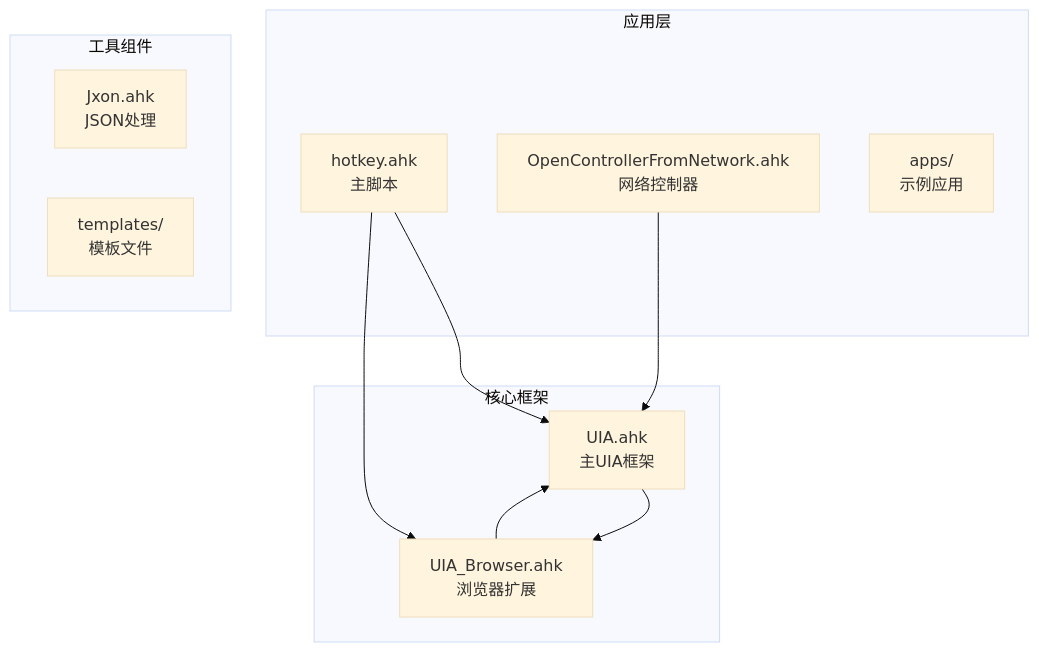
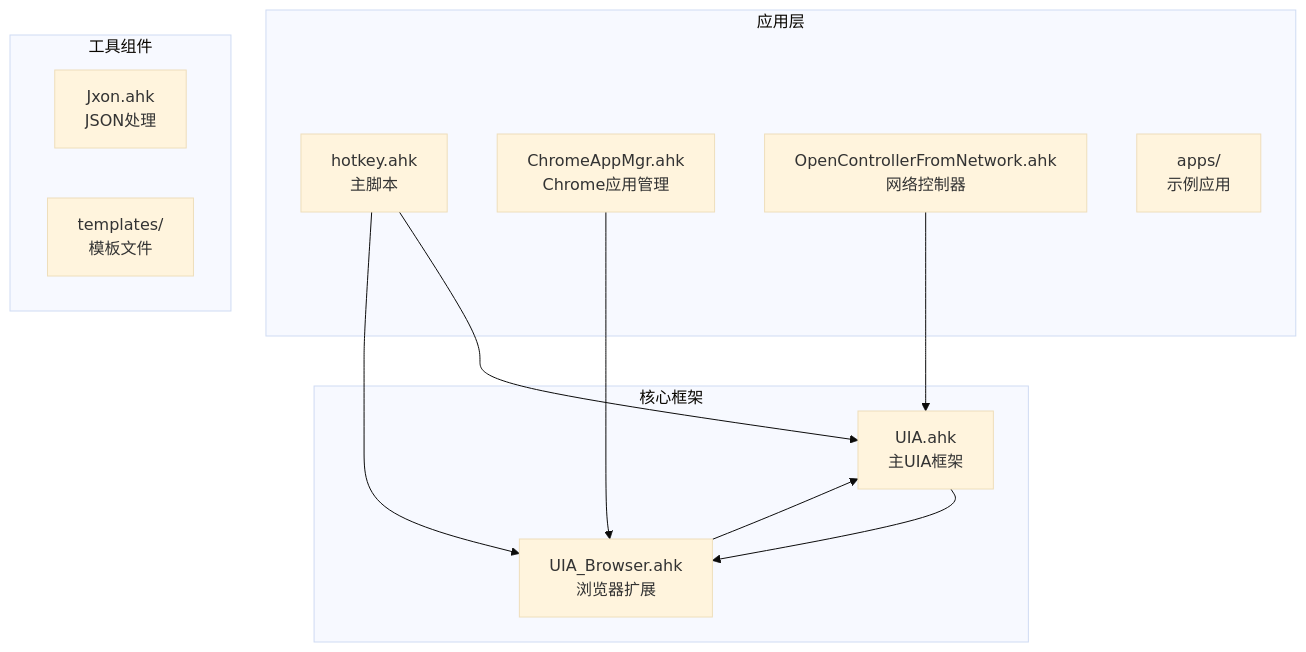
The first of 15 diagrams in .qoder/repowiki/zh/content/核心功能/UI自动化框架.md (wangys-123doit/hotkey), drawn with Mermaid (base theme) before and after one commit. The commit also changed other lines of this file and 14 other files, not shown here.

````diff
--- a/.qoder/repowiki/zh/content/核心功能/UI自动化框架.md
+++ b/.qoder/repowiki/zh/content/核心功能/UI自动化框架.md
@@ -46,21 +49,23 @@
 ```mermaid
 graph TB
 subgraph "核心框架"
 UIA[UIA.ahk<br/>主UIA框架]
 Browser[UIA_Browser.ahk<br/>浏览器扩展]
 end
 subgraph "应用层"
 Hotkey[hotkey.ahk<br/>主脚本]
+ChromeMgr[ChromeAppMgr.ahk<br/>Chrome应用管理]
 NetworkCtrl[OpenControllerFromNetwork.ahk<br/>网络控制器]
 Apps[apps/<br/>示例应用]
 end
 subgraph "工具组件"
 Jxon[Jxon.ahk<br/>JSON处理]
 Templates[templates/<br/>模板文件]
 end
 UIA --> Browser
 Hotkey --> UIA
 Hotkey --> Browser
+ChromeMgr --> Browser
 NetworkCtrl --> UIA
 Browser --> UIA
 ```
````
